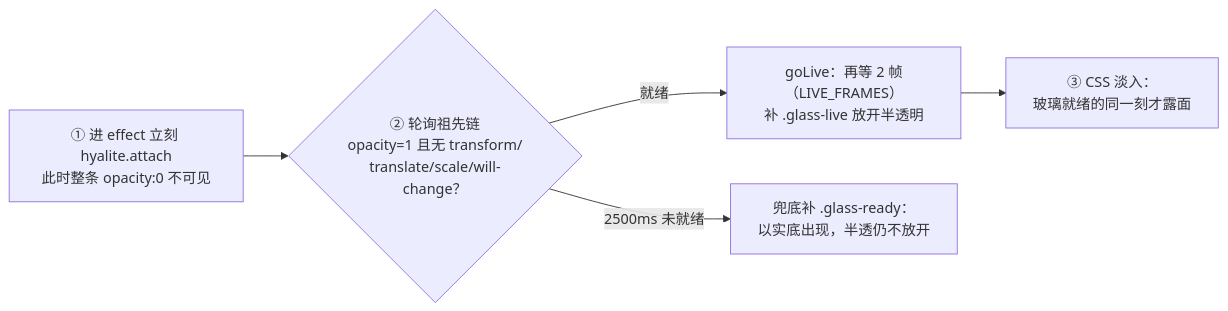
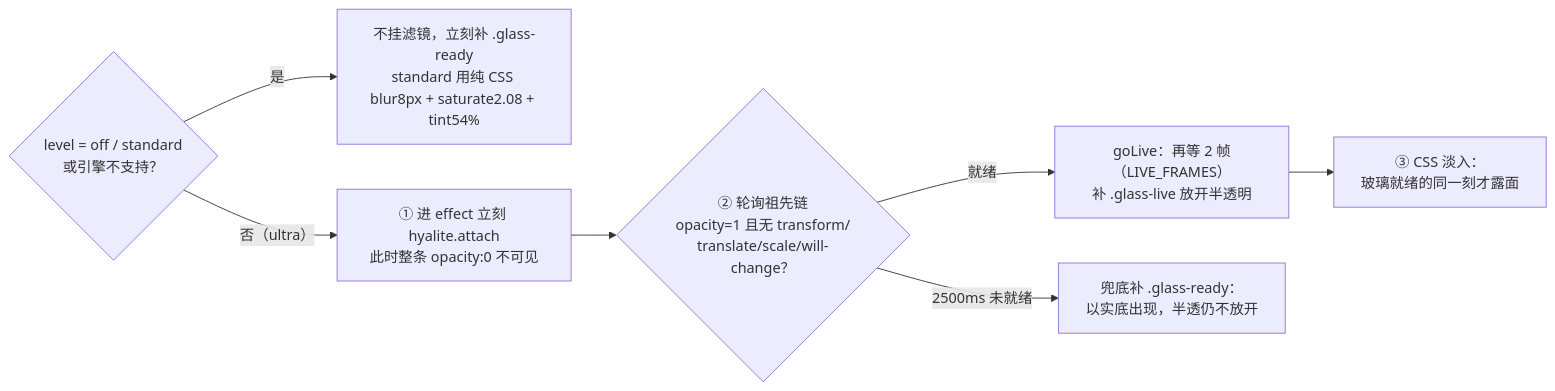
The fourth of 4 diagrams in .codewiki/modules/android-frontend-utilities-libraries.md (ikliml666/Wxxy-CampusLogin), drawn with Mermaid before and after one commit. The commit also changed other lines of this file and 3 other files, not shown here.

````diff
--- a/.codewiki/modules/android-frontend-utilities-libraries.md
+++ b/.codewiki/modules/android-frontend-utilities-libraries.md
@@ -217,7 +219,9 @@
 ```mermaid
 flowchart LR
-    A["① 进 effect 立刻 hyalite.attach<br/>此时整条 opacity:0 不可见"] --> B{"② 轮询祖先链<br/>opacity=1 且无 transform/<br/>translate/scale/will-change？"}
+    S{"level = off / standard<br/>或引擎不支持？"} -- 是 --> R["不挂滤镜，立刻补 .glass-ready<br/>standard 用纯 CSS blur8px + saturate2.08 + tint54%"]
+    S -- 否（ultra） --> A["① 进 effect 立刻 hyalite.attach<br/>此时整条 opacity:0 不可见"]
+    A --> B{"② 轮询祖先链<br/>opacity=1 且无 transform/<br/>translate/scale/will-change？"}
     B -- 就绪 --> C["goLive：再等 2 帧（LIVE_FRAMES）<br/>补 .glass-live 放开半透明"]
     B -- 2500ms 未就绪 --> D["兜底补 .glass-ready：<br/>以实底出现，半透仍不放开"]
     C --> E["③ CSS 淡入：<br/>玻璃就绪的同一刻才露面"]
 ```
````
